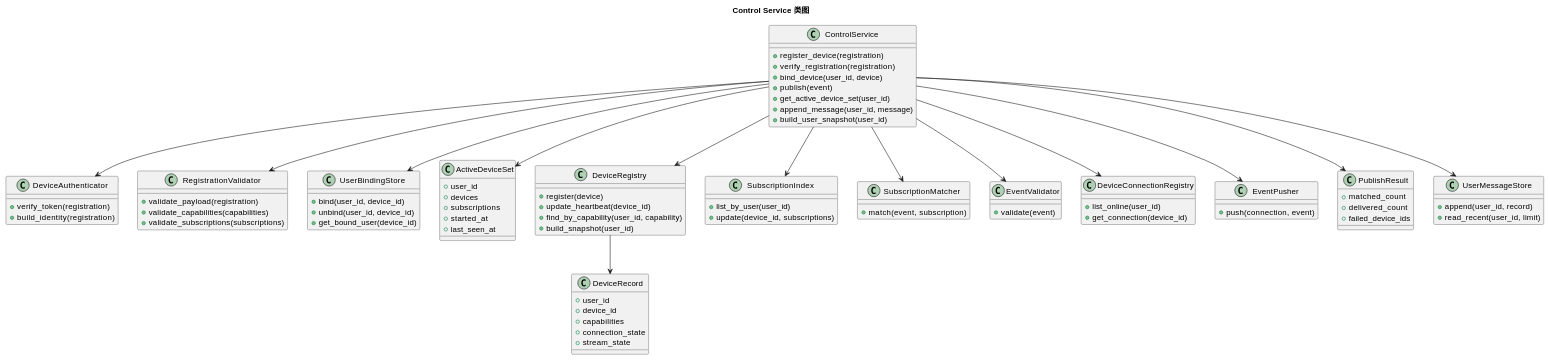
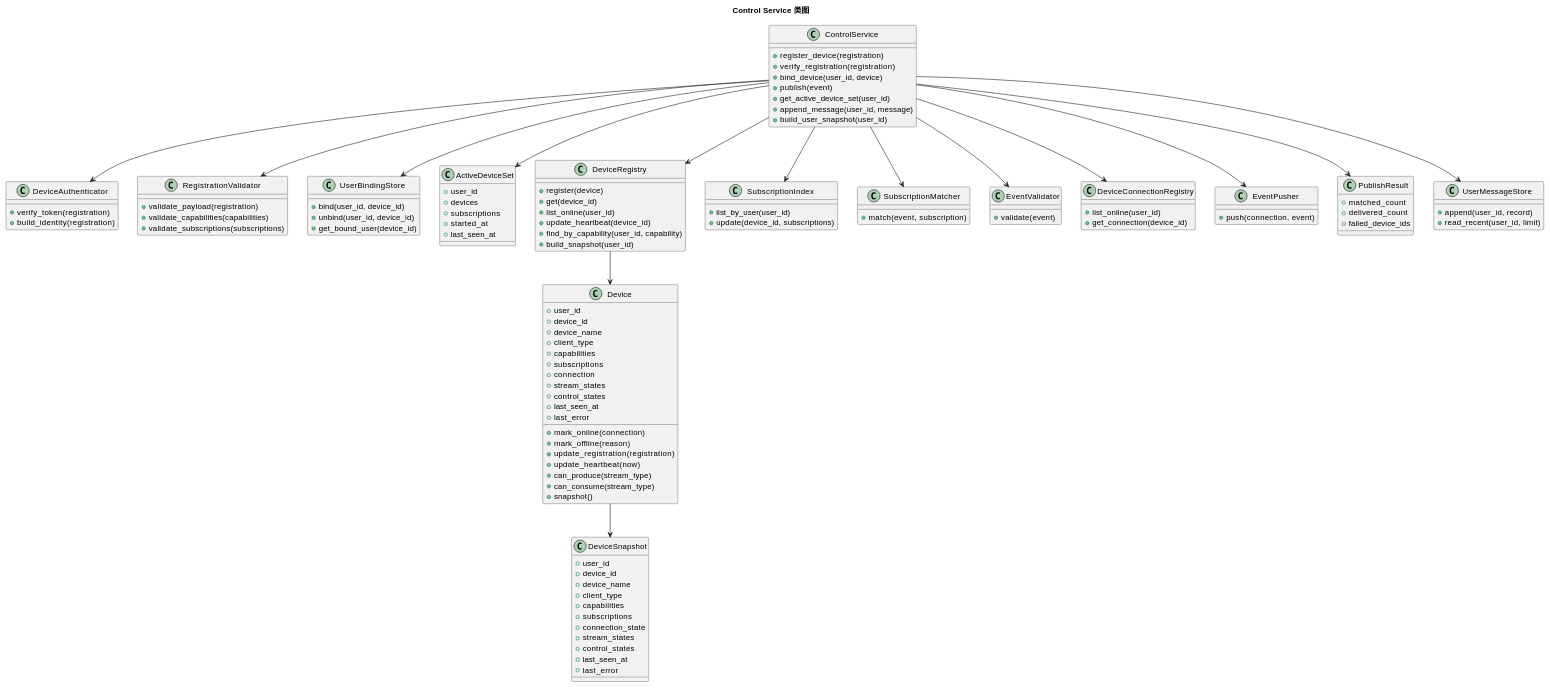
The third of 14 diagrams in audio-chat/docs/audio-chat-sdk-architecture.md (HengeLiu/RealtimeAgent), drawn with PlantUML before and after one commit. The commit also changed other lines of this file and 1 other file, not shown here.

````diff
--- a/audio-chat/docs/audio-chat-sdk-architecture.md
+++ b/audio-chat/docs/audio-chat-sdk-architecture.md
@@ -702,17 +713,46 @@
 
 class DeviceRegistry {
   +register(device)
+  +get(device_id)
+  +list_online(user_id)
   +update_heartbeat(device_id)
   +find_by_capability(user_id, capability)
   +build_snapshot(user_id)
 }
 
-class DeviceRecord {
+class Device {
   +user_id
   +device_id
+  +device_name
+  +client_type
   +capabilities
+  +subscriptions
+  +connection
+  +stream_states
+  +control_states
+  +last_seen_at
+  +last_error
+  +mark_online(connection)
+  +mark_offline(reason)
+  +update_registration(registration)
+  +update_heartbeat(now)
+  +can_produce(stream_type)
+  +can_consume(stream_type)
+  +snapshot()
+}
+
+class DeviceSnapshot {
+  +user_id
+  +device_id
+  +device_name
+  +client_type
+  +capabilities
+  +subscriptions
   +connection_state
-  +stream_state
+  +stream_states
+  +control_states
+  +last_seen_at
+  +last_error
 }
 
 class SubscriptionIndex {
@@ -760,6 +800,7 @@
 ControlService --> EventPusher
 ControlService --> PublishResult
 ControlService --> UserMessageStore
-DeviceRegistry --> DeviceRecord
+DeviceRegistry --> Device
+Device --> DeviceSnapshot
 @enduml
 ```
````
